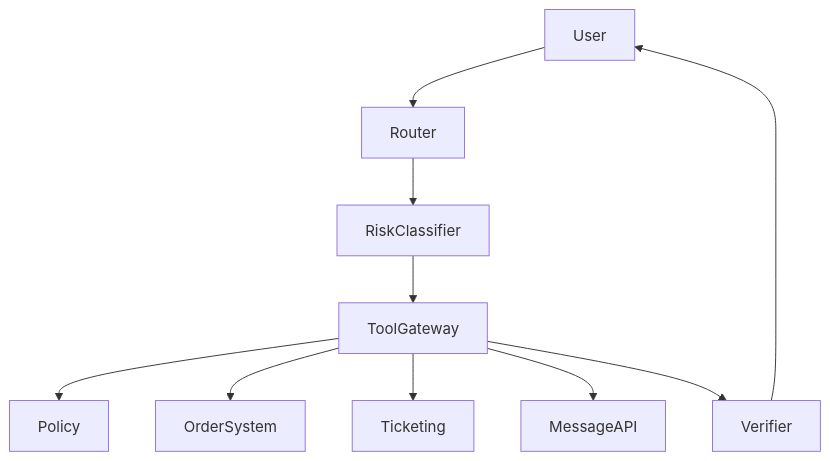
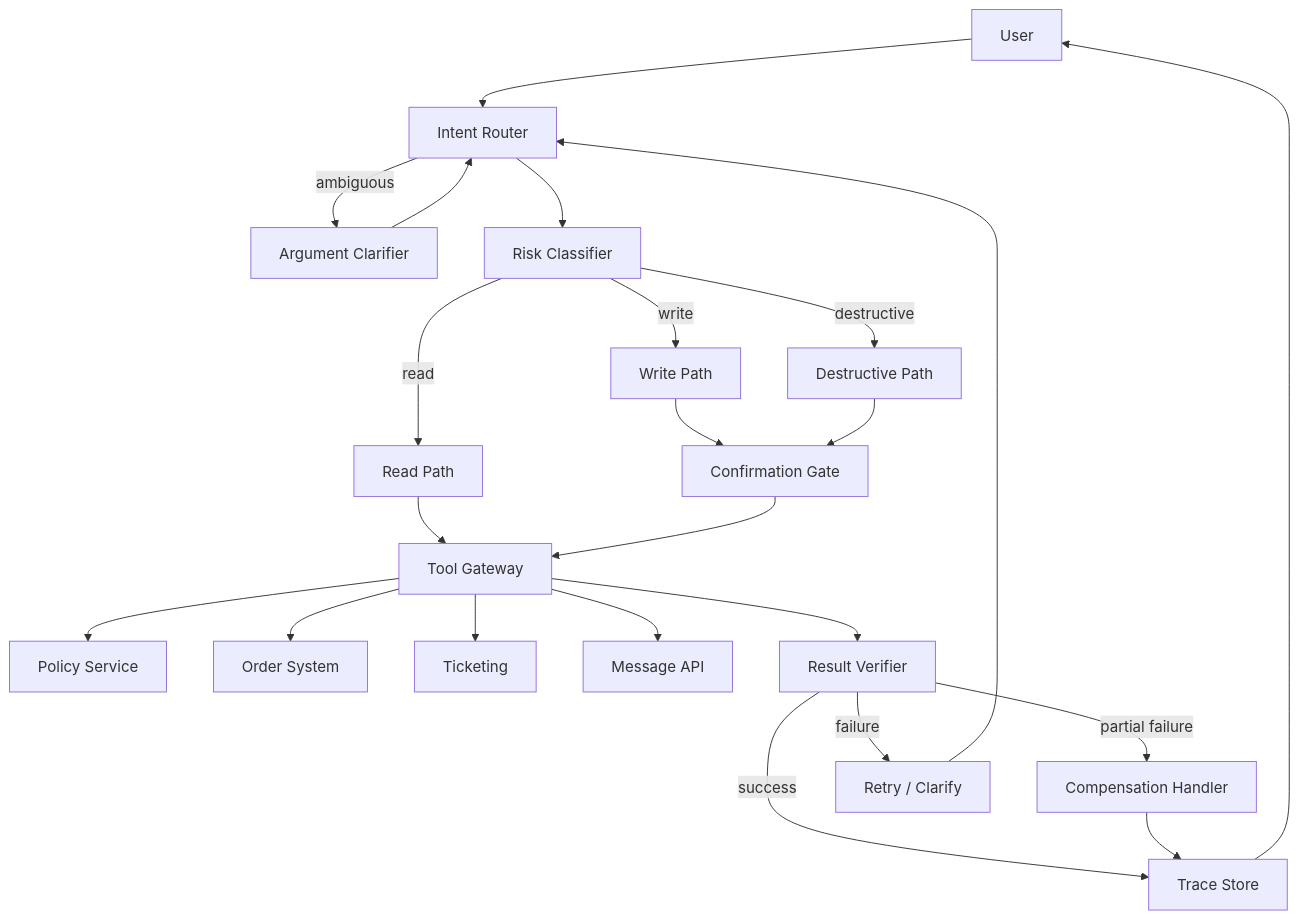
One commit to muchengit/agent-top changed the diagram in docs/en/cases/enterprise-multi-tool-agent.md. Above: the diagram before and after it, drawn with Mermaid. The commit also changed other lines of this file and 24 other files, not shown here.

````diff
--- a/docs/en/cases/enterprise-multi-tool-agent.md
+++ b/docs/en/cases/enterprise-multi-tool-agent.md
@@ -16,12 +25,25 @@
 ```mermaid
 flowchart TD
-  User --> Router
-  Router --> RiskClassifier
-  RiskClassifier --> ToolGateway
-  ToolGateway --> Policy
-  ToolGateway --> OrderSystem
-  ToolGateway --> Ticketing
-  ToolGateway --> MessageAPI
-  ToolGateway --> Verifier
-  Verifier --> User
+  User[User] --> Router[Intent Router]
+  Router -->|ambiguous| Clarifier[Argument Clarifier]
+  Clarifier --> Router
+  Router --> RiskClassifier[Risk Classifier]
+  RiskClassifier -->|read| ReadPath[Read Path]
+  ReadPath --> ToolGateway[Tool Gateway]
+  RiskClassifier -->|write| WritePath[Write Path]
+  WritePath --> Approver[Confirmation Gate]
+  Approver --> ToolGateway
+  RiskClassifier -->|destructive| DestructivePath[Destructive Path]
+  DestructivePath --> Approver
+  ToolGateway --> Policy[Policy Service]
+  ToolGateway --> OrderSystem[Order System]
+  ToolGateway --> Ticketing[Ticketing]
+  ToolGateway --> MessageAPI[Message API]
+  ToolGateway --> Verifier[Result Verifier]
+  Verifier -->|success| Trace[Trace Store]
+  Verifier -->|partial failure| Compensator[Compensation Handler]
+  Verifier -->|failure| Retry[Retry / Clarify]
+  Trace --> User
+  Compensator --> Trace
+  Retry --> Router
 ```
````
